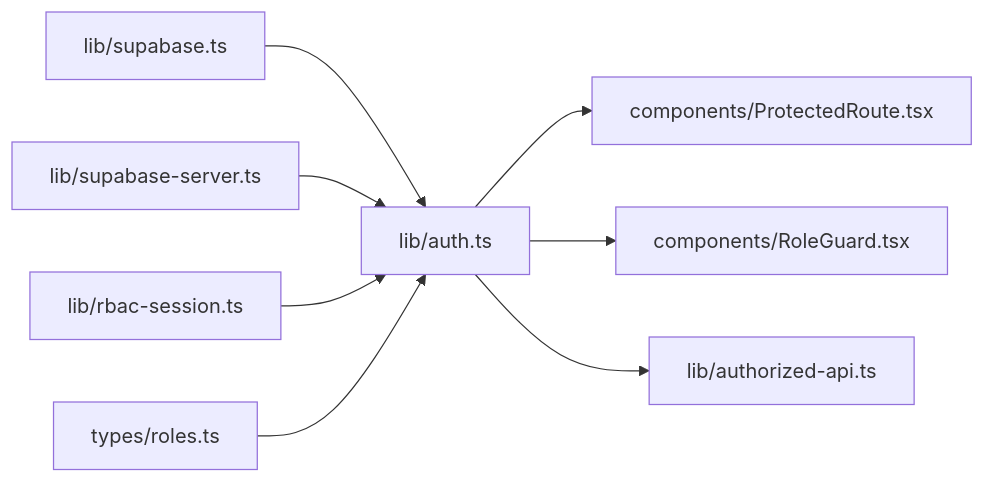
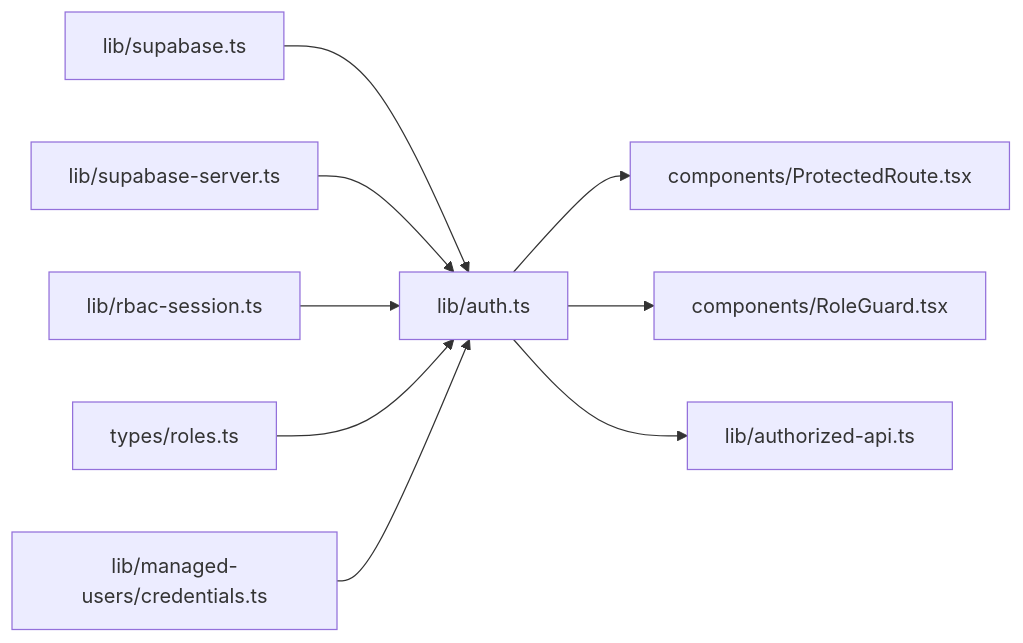
The seventh of 7 diagrams in .qoder/repowiki/en/content/Authentication & Authorization/Authentication & Authorization.md (mustafaalkusaj/appschoolmustafa2002), drawn with Mermaid before and after one commit. The commit also changed other lines of this file and 8 other files, not shown here.

````diff
--- a/.qoder/repowiki/en/content/Authentication & Authorization/Authentication & Authorization.md
+++ b/.qoder/repowiki/en/content/Authentication & Authorization/Authentication & Authorization.md
@@ -326,10 +355,11 @@
 ```mermaid
 graph LR
 Supabase["lib/supabase.ts"] --> AuthClient["lib/auth.ts"]
 SupabaseServer["lib/supabase-server.ts"] --> AuthClient
 RBAC["lib/rbac-session.ts"] --> AuthClient
 Roles["types/roles.ts"] --> AuthClient
 AuthClient --> Guards["components/ProtectedRoute.tsx"]
 AuthClient --> RoleGuard["components/RoleGuard.tsx"]
 AuthClient --> AuthorizedAPI["lib/authorized-api.ts"]
+Password["lib/managed-users/credentials.ts"] --> AuthClient
 ```
````
